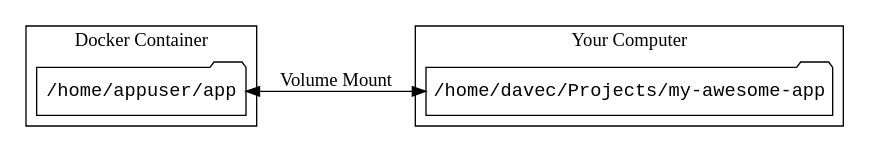
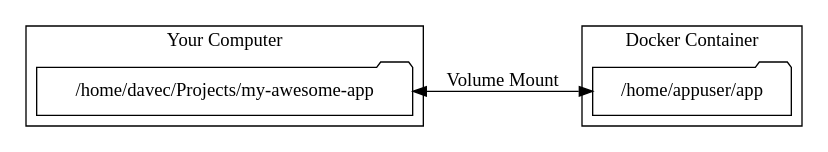
One commit to davetron5000/naildrivin5.com changed the diagram in images/lsp-docker-mounts.dot. Above: the diagram before and after it, drawn with Graphviz. The commit also changed 197 other files, not shown here.

```diff
--- a/images/lsp-docker-mounts.dot
+++ b/images/lsp-docker-mounts.dot
@@ -1,22 +1,23 @@
 digraph G {
   
   rankdir="LR"
+  node[fontname="Jost"]
   subgraph cluster_docker {
       label = "Docker Container"
-      fontname="Avenir"
+      fontname="Jost"
       
       MountedDir
   }
   subgraph cluster_host {
       label = "Your Computer"
-      fontname="Avenir"
+      fontname="Jost"
       
       SourceDir
   }
  
-  MountedDir -> SourceDir [dir=both label="Volume Mount" fontname="Avenir"]
-  MountedDir[shape=folder fontname="Courier New" label="/home/appuser/app"]
-  SourceDir[shape=folder  fontname="Courier New" label="/home/davec/Projects/my-awesome-app"]
+  SourceDir -> MountedDir [dir=both label="Volume Mount" fontname="Source Serif 4"]
+  MountedDir [shape=folder fontname="Monaspace Krypton Var" class="shape purple" label="/home/appuser/app"]
+  SourceDir  [shape=folder fontname="Monaspace Krypton Var" class="shape amber" label="/home/davec/Projects/my-awesome-app"]
  
  
 }
```
